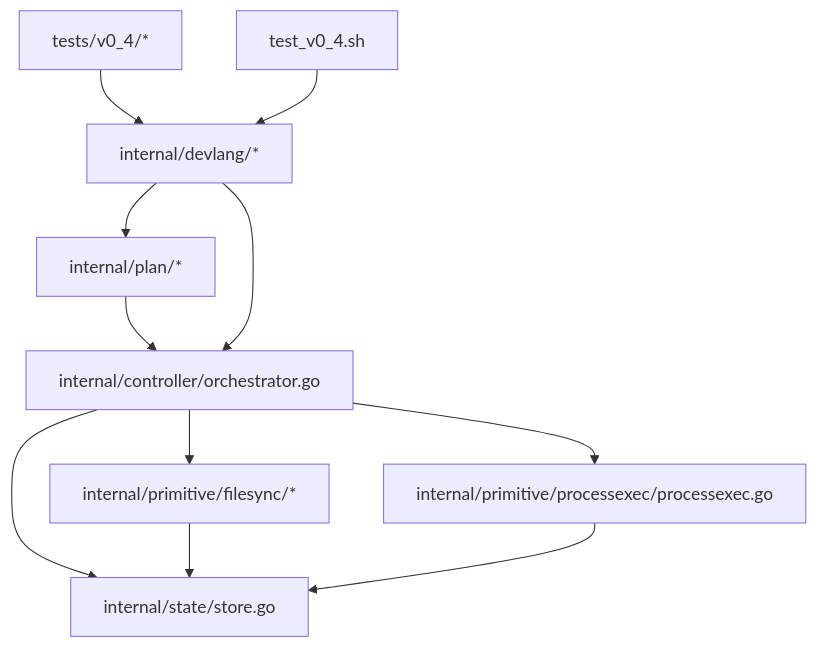
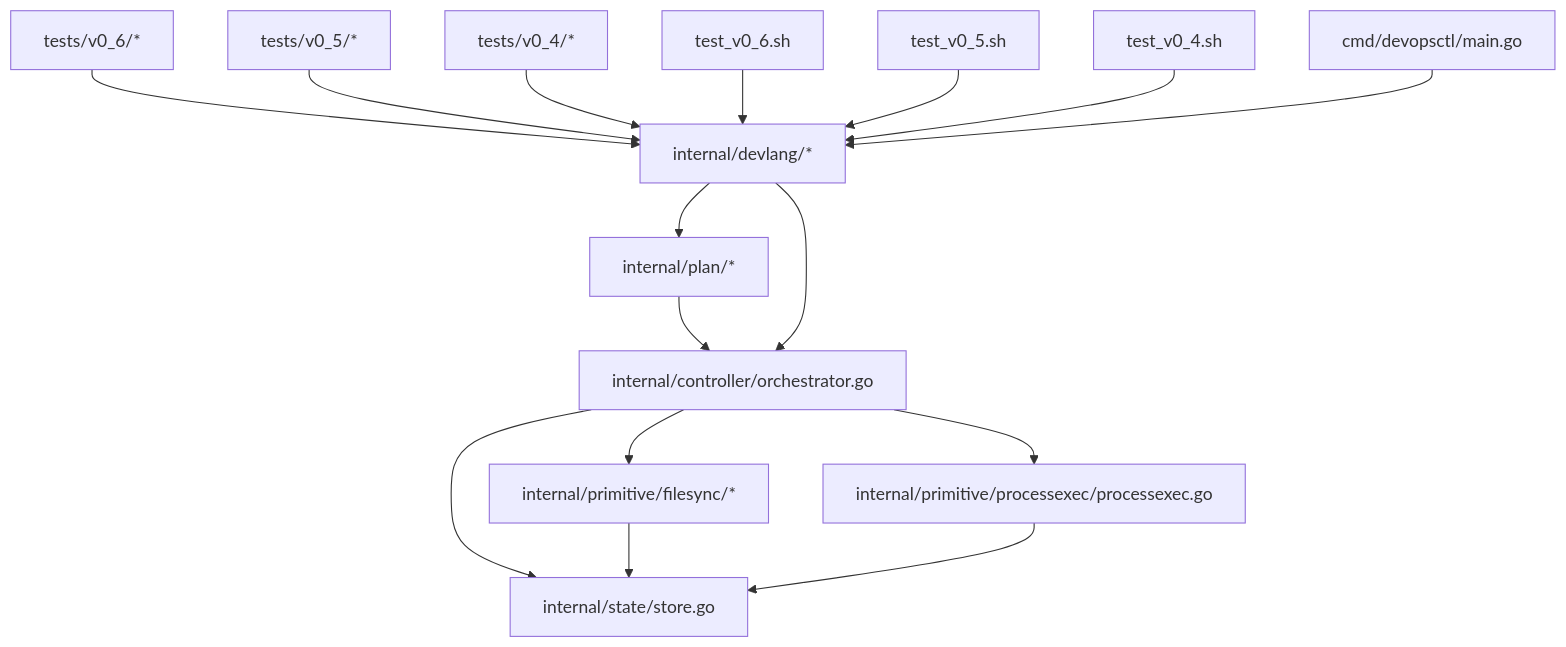
Before and after one commit to ahmednour1430464/dotdevops: diagram 12 of 12 in .qoder/repowiki/en/content/Testing and Validation.md, drawn with Mermaid. The commit also changed other lines of this file and 12 other files, not shown here.

````diff
--- a/.qoder/repowiki/en/content/Testing and Validation.md
+++ b/.qoder/repowiki/en/content/Testing and Validation.md
@@ -531,13 +746,18 @@
 ```mermaid
 graph TB
 PLAN["internal/plan/*"] --> ORCH["internal/controller/orchestrator.go"]
 DEVLANG["internal/devlang/*"] --> ORCH
 DEVLANG --> PLAN
 ORCH --> STATE["internal/state/store.go"]
 ORCH --> FILESYNC["internal/primitive/filesync/*"]
 ORCH --> PROC["internal/primitive/processexec/processexec.go"]
 FILESYNC --> STATE
 PROC --> STATE
+V06["tests/v0_6/*"] --> DEVLANG
+V05["tests/v0_5/*"] --> DEVLANG
 V04["tests/v0_4/*"] --> DEVLANG
-TESTS["test_v0_4.sh"] --> DEVLANG
+TESTSV06["test_v0_6.sh"] --> DEVLANG
+TESTSV05["test_v0_5.sh"] --> DEVLANG
+TESTSV04["test_v0_4.sh"] --> DEVLANG
+MAIN["cmd/devopsctl/main.go"] --> DEVLANG
 ```
````
